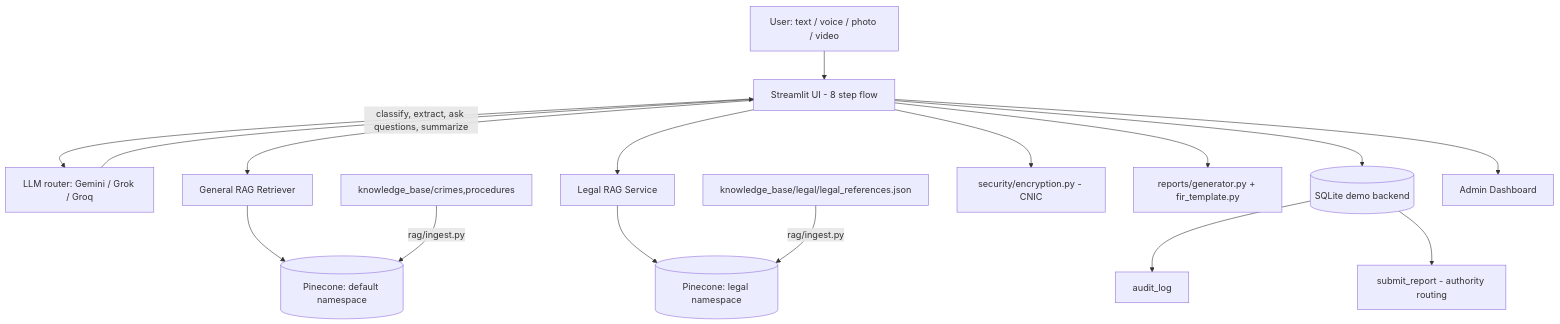
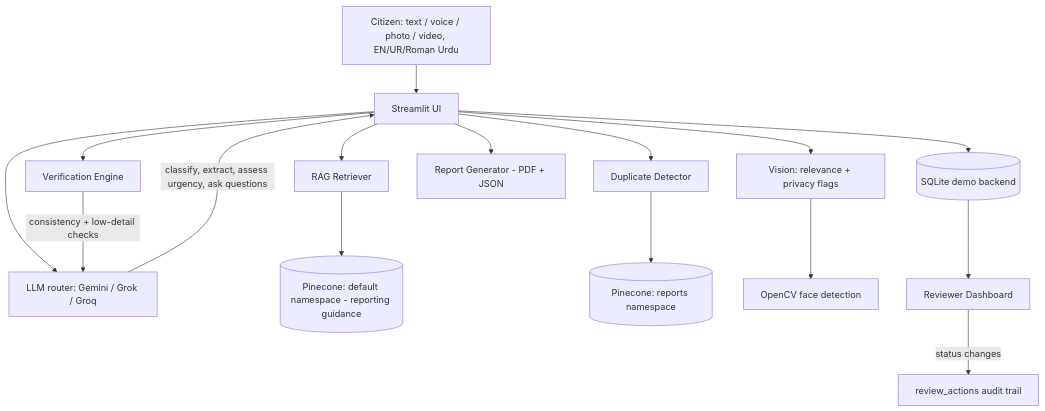
One commit to mzubair95/CrimeReport-AI changed the diagram in README.md. Above: the diagram before and after it, drawn with Mermaid. The commit also changed other lines of this file and 42 other files, not shown here.

````diff
--- a/README.md
+++ b/README.md
@@ -77,18 +72,18 @@
 ```mermaid
 flowchart TD
-    U[User: text / voice / photo / video] --> APP[Streamlit UI - 8 step flow]
+    U[Citizen: text / voice / photo / video, EN/UR/Roman Urdu] --> APP[Streamlit UI]
     APP --> LLM[LLM router: Gemini / Grok / Groq]
-    LLM -->|classify, extract, ask questions, summarize| APP
-    APP --> RAG[General RAG Retriever]
-    RAG --> PC[(Pinecone: default namespace)]
-    APP --> LEGAL[Legal RAG Service]
-    LEGAL --> PCL[(Pinecone: legal namespace)]
-    KB[knowledge_base/crimes,procedures] -->|rag/ingest.py| PC
-    KBL[knowledge_base/legal/legal_references.json] -->|rag/ingest.py| PCL
-    APP --> ENC[security/encryption.py - CNIC]
-    APP --> GEN[reports/generator.py + fir_template.py]
+    LLM -->|classify, extract, assess urgency, ask questions| APP
+    APP --> RAG[RAG Retriever]
+    RAG --> PC[(Pinecone: default namespace - reporting guidance)]
+    APP --> VER[Verification Engine]
+    VER -->|consistency + low-detail checks| LLM
+    APP --> DUP[Duplicate Detector]
+    DUP --> PCR[(Pinecone: reports namespace)]
+    APP --> VIS[Vision: relevance + privacy flags]
+    VIS --> CV[OpenCV face detection]
+    APP --> GEN[Report Generator - PDF + JSON]
     APP --> DB[(SQLite demo backend)]
-    DB --> AUDIT[audit_log]
-    DB --> SUB[submit_report - authority routing]
-    APP --> DASH[Admin Dashboard]
+    DB --> REVIEWER[Reviewer Dashboard]
+    REVIEWER -->|status changes| AUDIT[review_actions audit trail]
 ```
````
